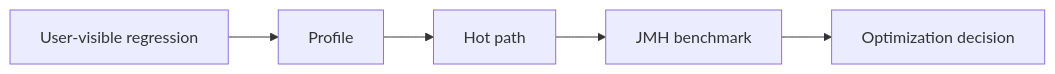
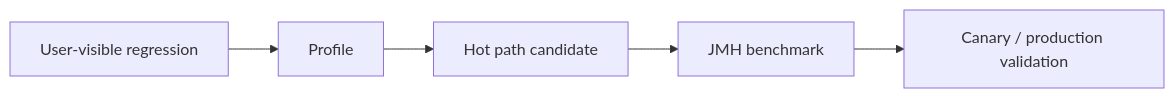
One commit to sandeepbhardwaj/sandeepbhardwaj.github.io changed the diagram in _posts/2026-05-31-profiling-performance-benchmarking-jmh.md. Above: the diagram before and after it, drawn with Mermaid. The commit also changed other lines of this file and 113 other files, not shown here.

````diff
--- a/_posts/2026-05-31-profiling-performance-benchmarking-jmh.md
+++ b/_posts/2026-05-31-profiling-performance-benchmarking-jmh.md
@@ -150,7 +121,7 @@
-        ```mermaid
+```mermaid
 flowchart LR
     A[User-visible regression] --> B[Profile]
-    B --> C[Hot path]
+    B --> C[Hot path candidate]
     C --> D[JMH benchmark]
-    D --> E[Optimization decision]
+    D --> E[Canary / production validation]
 ```
````
